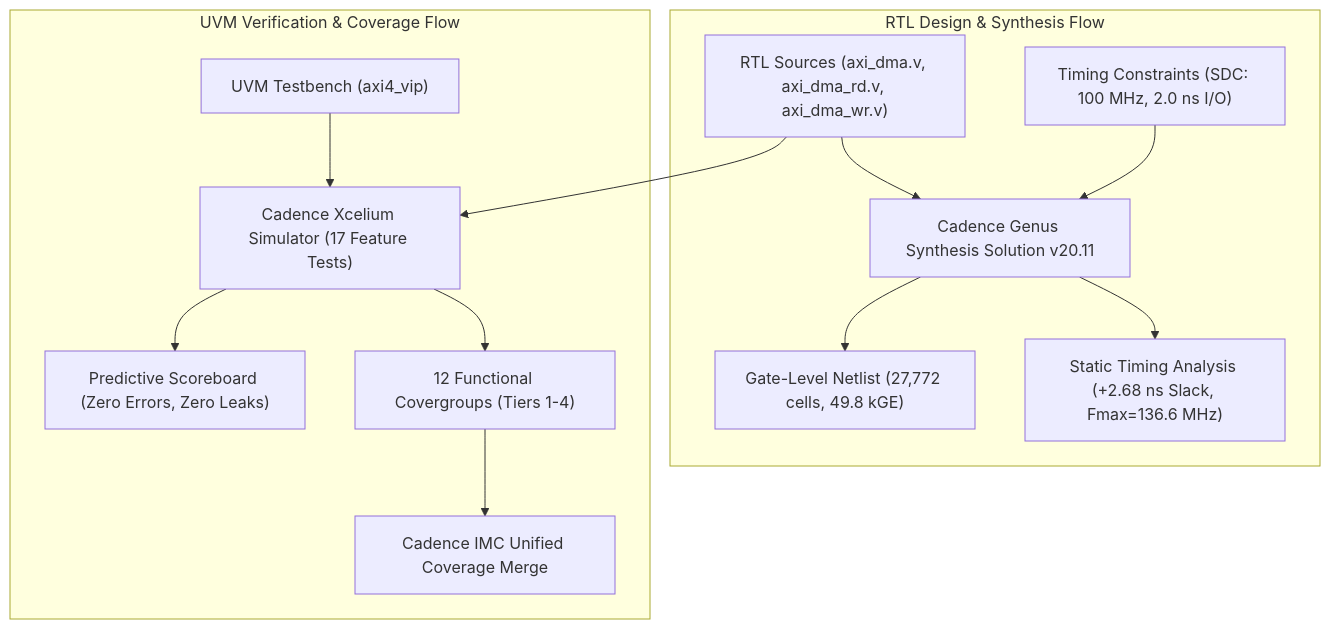
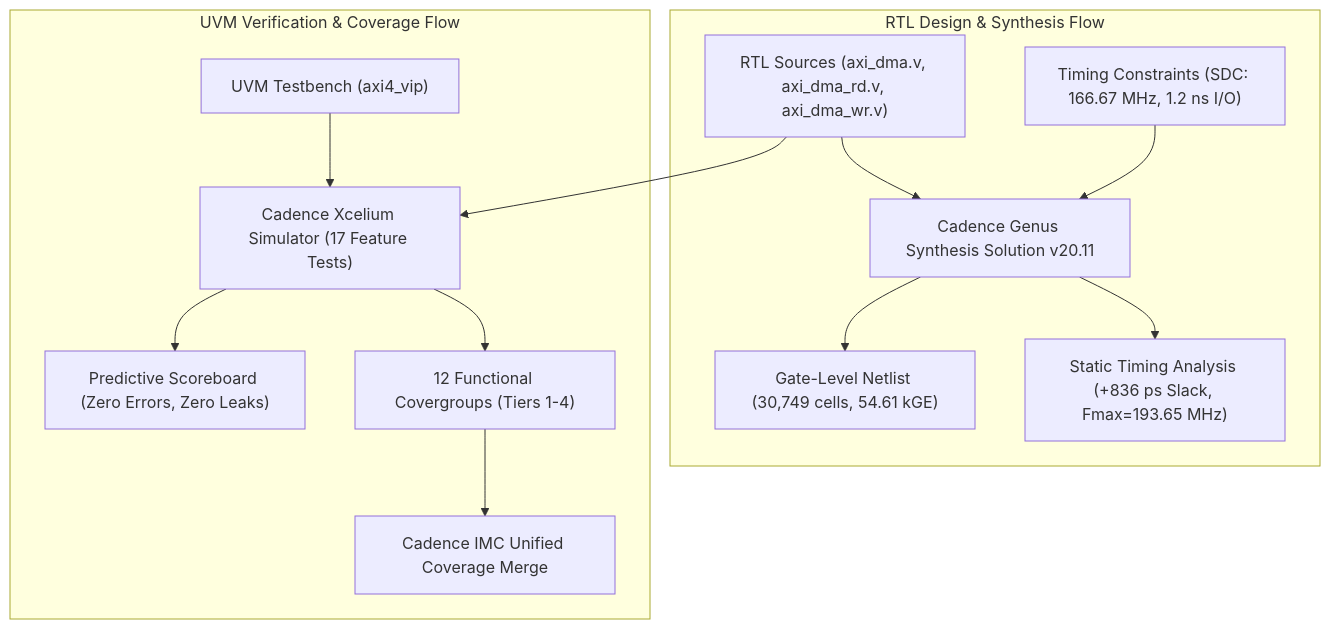
Before and after one commit to akshansh-05/axi4_vip: the first of 3 diagrams in asic/ASIC_IMPLEMENTATION_AND_COVERAGE_RESULTS.md, drawn with Mermaid. The commit also changed other lines of this file and 6 other files, not shown here.

Commit message:
docs(asic): record complete 166.67 MHz Cadence Genus synthesis reports (+836 ps slack, Fmax=193.65 MHz) and update ASIC results document

````diff
--- a/asic/ASIC_IMPLEMENTATION_AND_COVERAGE_RESULTS.md
+++ b/asic/ASIC_IMPLEMENTATION_AND_COVERAGE_RESULTS.md
@@ -10,27 +10,27 @@
 ```mermaid
 graph TD
     subgraph Design_Flow ["RTL Design & Synthesis Flow"]
         RTL["RTL Sources (axi_dma.v, axi_dma_rd.v, axi_dma_wr.v)"]
         GENUS["Cadence Genus Synthesis Solution v20.11"]
-        SDC["Timing Constraints (SDC: 100 MHz, 2.0 ns I/O)"]
-        NETLIST["Gate-Level Netlist (27,772 cells, 49.8 kGE)"]
-        STA["Static Timing Analysis (+2.68 ns Slack, Fmax=136.6 MHz)"]
+        SDC["Timing Constraints (SDC: 166.67 MHz, 1.2 ns I/O)"]
+        NETLIST["Gate-Level Netlist (30,749 cells, 54.61 kGE)"]
+        STA["Static Timing Analysis (+836 ps Slack, Fmax=193.65 MHz)"]
     end
 
     subgraph Verification_Flow ["UVM Verification & Coverage Flow"]
         TB["UVM Testbench (axi4_vip)"]
         XRUN["Cadence Xcelium Simulator (17 Feature Tests)"]
         SCB["Predictive Scoreboard (Zero Errors, Zero Leaks)"]
         COV_DB["12 Functional Covergroups (Tiers 1-4)"]
         IMC["Cadence IMC Unified Coverage Merge"]
     end
 
     RTL --> GENUS
     SDC --> GENUS
     GENUS --> NETLIST & STA
     
     RTL --> XRUN
     TB --> XRUN
     XRUN --> SCB & COV_DB
     COV_DB --> IMC
 ```
````
